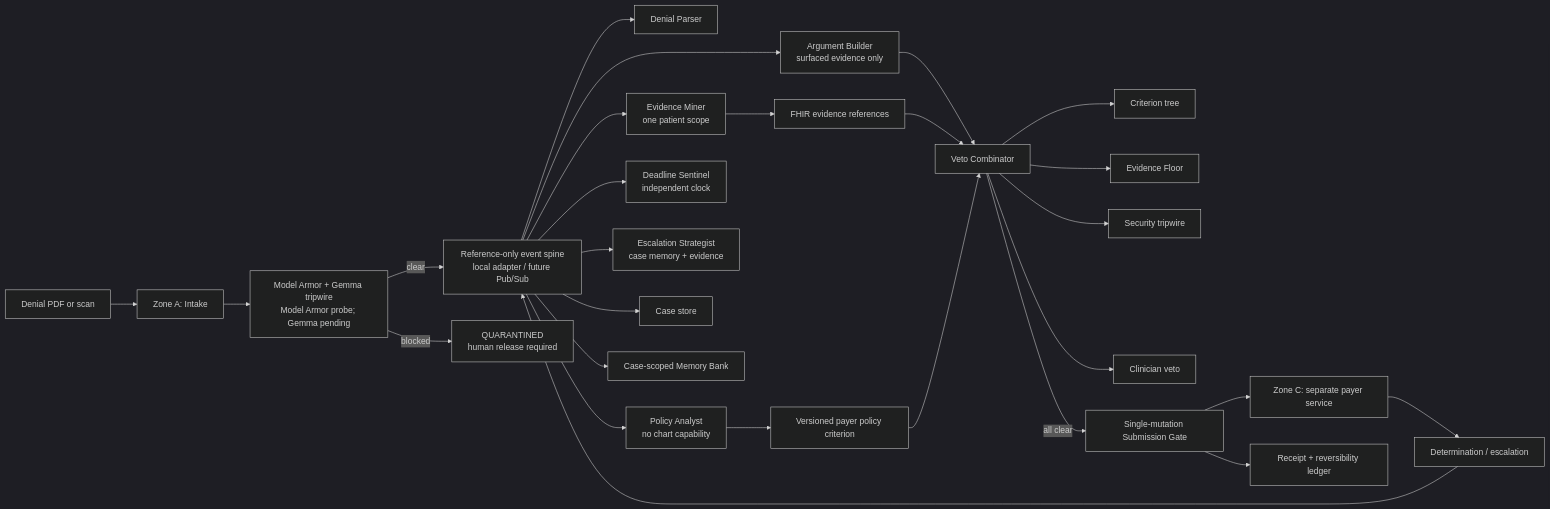
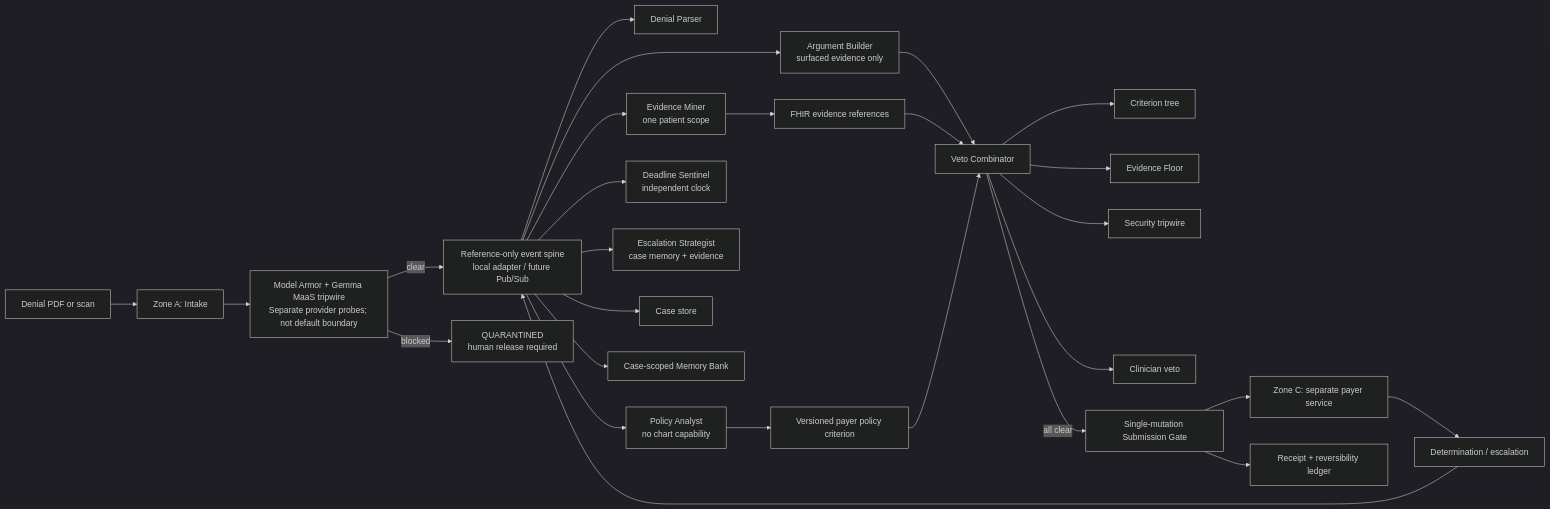
One commit to Jennycruzy/Appeal changed the diagram in docs/ARCHITECTURE.md. Above: the diagram before and after it, drawn with Mermaid (dark theme). The commit also changed other lines of this file and 9 other files, not shown here.

Commit message:
Measure Gemma security tripwire

````diff
--- a/docs/ARCHITECTURE.md
+++ b/docs/ARCHITECTURE.md
@@ -15,32 +15,32 @@
 ```mermaid
 flowchart LR
     D[Denial PDF or scan] --> A[Zone A: Intake]
-    A --> MA[Model Armor + Gemma tripwire\nModel Armor probe; Gemma pending]
+    A --> MA[Model Armor + Gemma MaaS tripwire\nSeparate provider probes; not default boundary]
     MA -->|clear| E[Reference-only event spine\nlocal adapter / future Pub/Sub]
     MA -->|blocked| Q[QUARANTINED\nhuman release required]
 
     E --> DP[Denial Parser]
     E --> PA[Policy Analyst\nno chart capability]
     E --> EM[Evidence Miner\none patient scope]
     E --> AB[Argument Builder\nsurfaced evidence only]
     E --> DS[Deadline Sentinel\nindependent clock]
     E --> ES[Escalation Strategist\ncase memory + evidence]
 
     EM --> F[FHIR evidence references]
     PA --> P[Versioned payer policy criterion]
     AB --> V[Veto Combinator]
     F --> V
     P --> V
     V --> CT[Criterion tree]
     V --> EF[Evidence Floor]
     V --> SG[Security tripwire]
     V --> CL[Clinician veto]
     V -->|all clear| G[Single-mutation Submission Gate]
     G --> C[Zone C: separate payer service]
     C --> R[Determination / escalation]
     R --> E
 
     E --> S[Case store]
     E --> M[Case-scoped Memory Bank]
     G --> L[Receipt + reversibility ledger]
 ```
````
